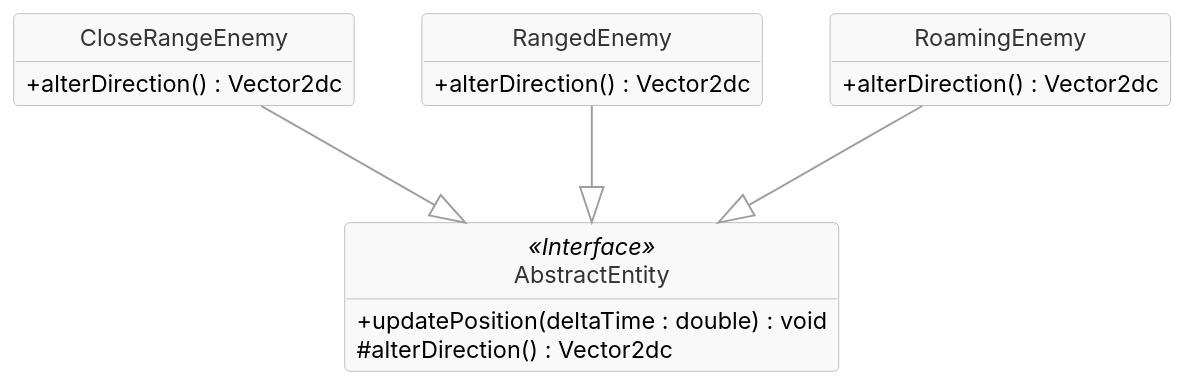
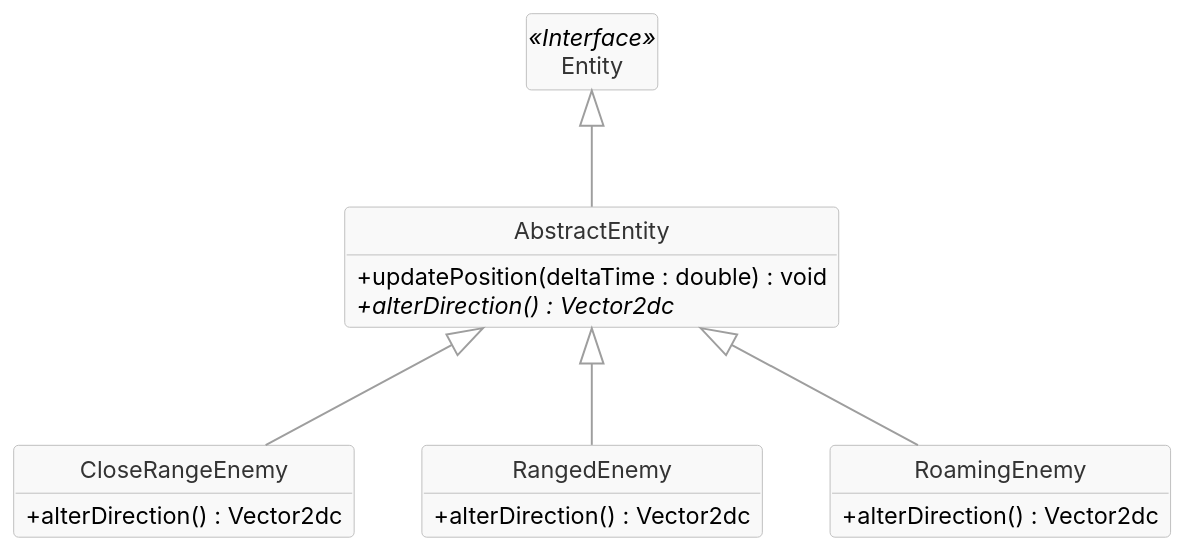
The diagram in report/uml/TemplateMethodForEnemy.puml (GiocoMatto/OOP25-wildenc), drawn with PlantUML before and after one commit. The commit also changed 27 other files, not shown here.

```diff
--- a/report/uml/TemplateMethodForEnemy.puml
+++ b/report/uml/TemplateMethodForEnemy.puml
@@ -1,56 +1,61 @@
 @startuml TemplateMethodForEnemy
 
 ' =========================
 '  Style
 ' =========================
 
 skinparam shadowing false
 skinparam roundcorner 5
 skinparam dpi 150
 
 skinparam DefaultFontName "Inter"
 skinparam DefaultFontSize 12
 skinparam classAttributeIconSize 0
 
 skinparam class {
   BackgroundColor #F9F9F9
   BorderColor #BFBFBF
   FontColor #333333
 }
 
 skinparam Arrow {
   Color #9E9E9E
   Thickness 1
 }
 
 hide circle
 hide empty members
 
 ' =========================
 '  Classes
 ' =========================
 
-class AbstractEntity <<Interface>> {
+class Entity <<Interface>> {
+
+}
+
+class AbstractEntity {
     +updatePosition(deltaTime : double) : void
-    #alterDirection() : Vector2dc
+    {abstract} +alterDirection() : Vector2dc
 }
 
 class CloseRangeEnemy { 
     +alterDirection() : Vector2dc
 }
 class RangedEnemy {
     +alterDirection() : Vector2dc
 }
 class RoamingEnemy {
     +alterDirection() : Vector2dc
 }
 
 ' =========================
 '  Relations
 ' =========================
+AbstractEntity -up-|> Entity 
 
-CloseRangeEnemy --|> AbstractEntity
-RangedEnemy --|> AbstractEntity
-RoamingEnemy --|> AbstractEntity
+CloseRangeEnemy -up-|> AbstractEntity
+RangedEnemy -up-|> AbstractEntity
+RoamingEnemy -up-|> AbstractEntity
 
 @enduml
```
